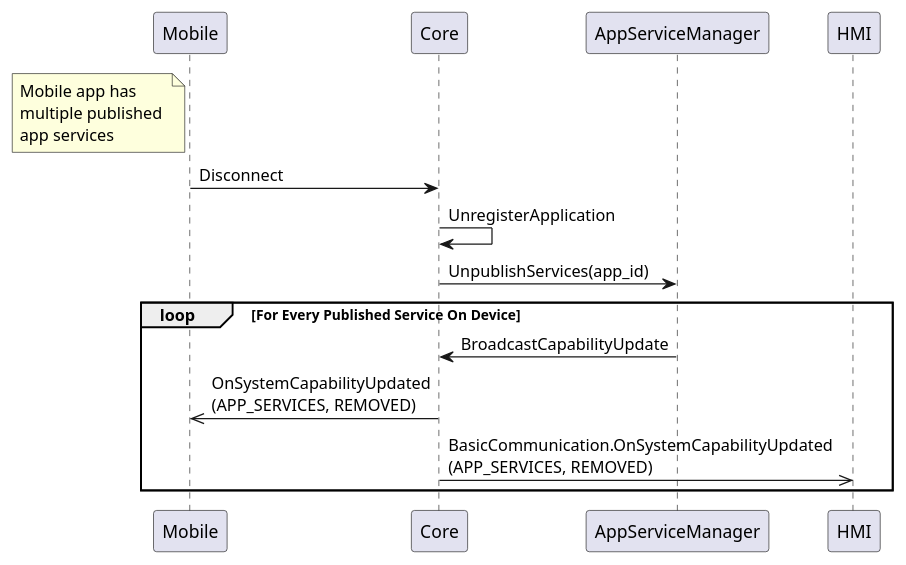
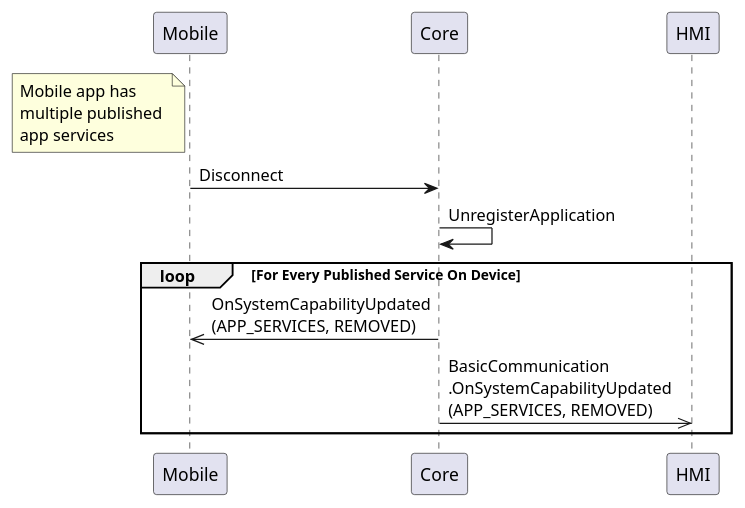
Before and after one commit to smartdevicelink/sdl_hmi_integration_guidelines: the diagram in docs/BasicCommunication/OnSystemCapabilityUpdated/assets/OnSystemCapabilityUpdated_REMOVED.puml, drawn with PlantUML. The commit also changed 16 other files, not shown here.

```diff
--- a/docs/BasicCommunication/OnSystemCapabilityUpdated/assets/OnSystemCapabilityUpdated_REMOVED.puml
+++ b/docs/BasicCommunication/OnSystemCapabilityUpdated/assets/OnSystemCapabilityUpdated_REMOVED.puml
@@ -1,19 +1,16 @@
 @startuml OnSystemCapabilityUpdated_REMOVED
 
 participant Mobile
 participant Core
-participant AppServiceManager
 participant HMI
 
 note left of Mobile: Mobile app has \nmultiple published \napp services
 
 Mobile -> Core : Disconnect
 Core -> Core : UnregisterApplication
-Core -> AppServiceManager : UnpublishServices(app_id)
 
 loop For Every Published Service On Device
-  AppServiceManager -> Core :BroadcastCapabilityUpdate
-  Core ->> Mobile : OnSystemCapabilityUpdated\n(APP_SERVICES, REMOVED)
-  Core ->> HMI : BasicCommunication.OnSystemCapabilityUpdated\n(APP_SERVICES, REMOVED)
+    Core ->> Mobile : OnSystemCapabilityUpdated\n(APP_SERVICES, REMOVED)
+    Core ->> HMI : BasicCommunication\n.OnSystemCapabilityUpdated\n(APP_SERVICES, REMOVED)
 end
 @enduml
```
